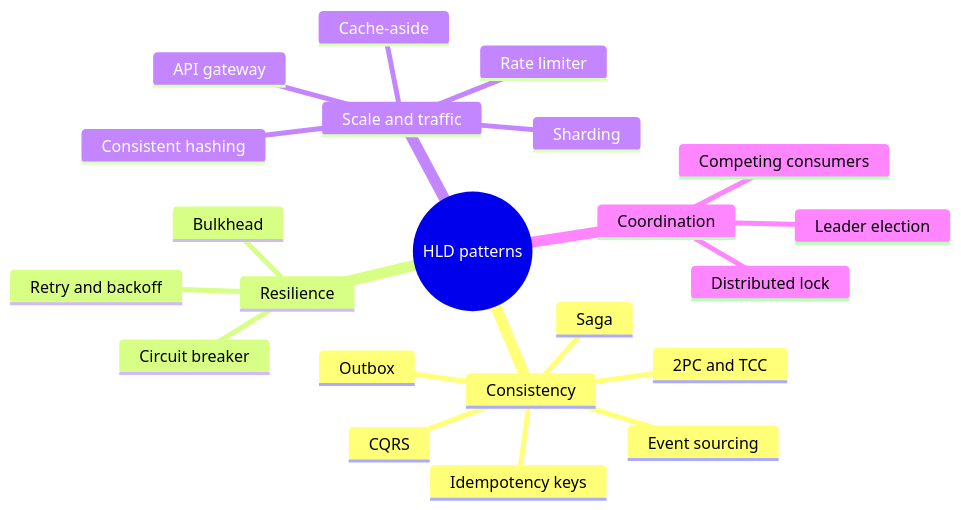
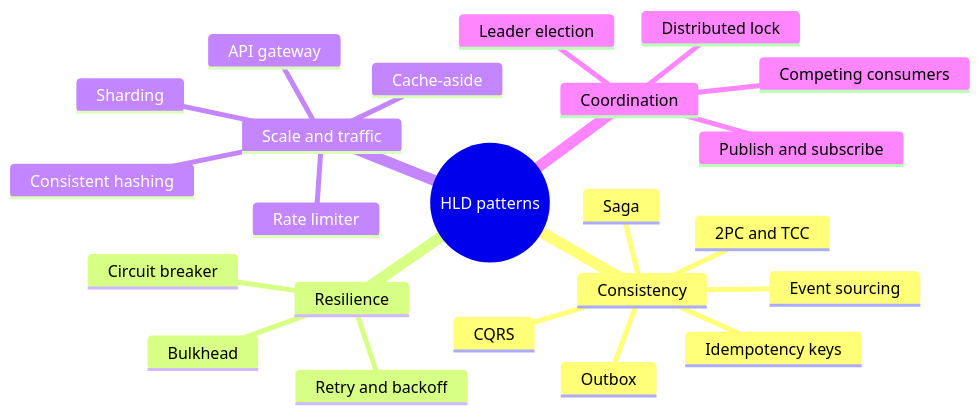
One commit to Sriram-Karthick-k/progress-tracker changed the diagram in content/notes/system-design/pattern/hld/overview.md. Above: the diagram before and after it, drawn with Mermaid. The commit also changed other lines of this file and 9 other files, not shown here.

````diff
--- a/content/notes/system-design/pattern/hld/overview.md
+++ b/content/notes/system-design/pattern/hld/overview.md
@@ -12,25 +12,26 @@
 ```mermaid
 mindmap
   root((HLD patterns))
     Consistency
       Saga
       Outbox
       Idempotency keys
       CQRS
       Event sourcing
       2PC and TCC
     Resilience
       Retry and backoff
       Circuit breaker
       Bulkhead
     Scale and traffic
       Cache-aside
       Sharding
       Consistent hashing
       Rate limiter
       API gateway
     Coordination
       Leader election
       Distributed lock
       Competing consumers
+      Publish and subscribe
 ```
````
